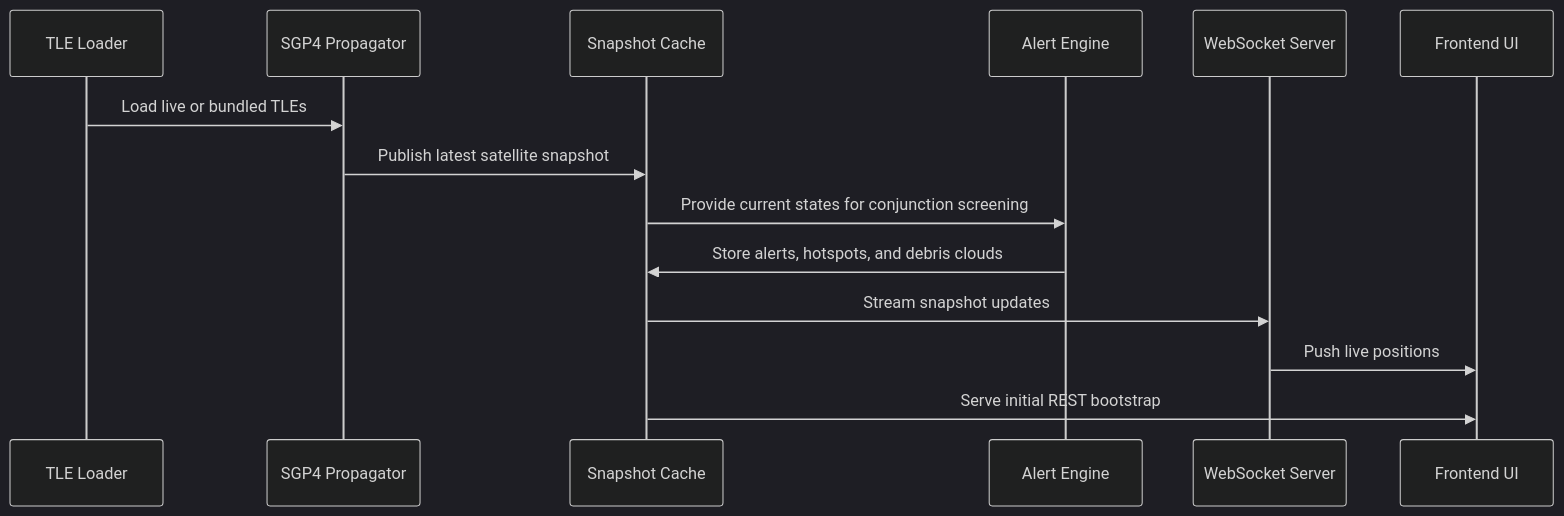
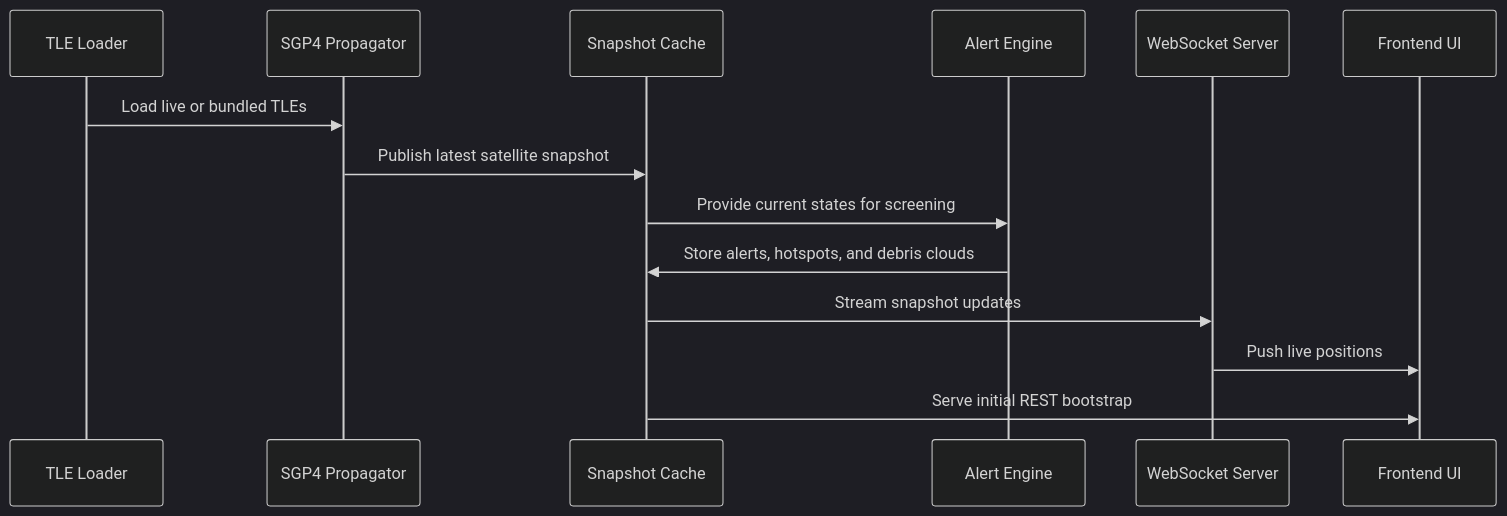
The second of 2 diagrams in README.md (Pritam-mb/orbit-sentinal), drawn with Mermaid (dark theme) before and after one commit. The commit also changed other lines of this file, not shown here.

````diff
--- a/README.md
+++ b/README.md
@@ -27,17 +81,17 @@
 ```mermaid
 sequenceDiagram
   participant T as TLE Loader
   participant P as SGP4 Propagator
   participant C as Snapshot Cache
   participant A as Alert Engine
   participant W as WebSocket Server
   participant F as Frontend UI
 
   T->>P: Load live or bundled TLEs
   P->>C: Publish latest satellite snapshot
-  C->>A: Provide current states for conjunction screening
+  C->>A: Provide current states for screening
   A->>C: Store alerts, hotspots, and debris clouds
   C->>W: Stream snapshot updates
   W->>F: Push live positions
   C->>F: Serve initial REST bootstrap
 ```
````
